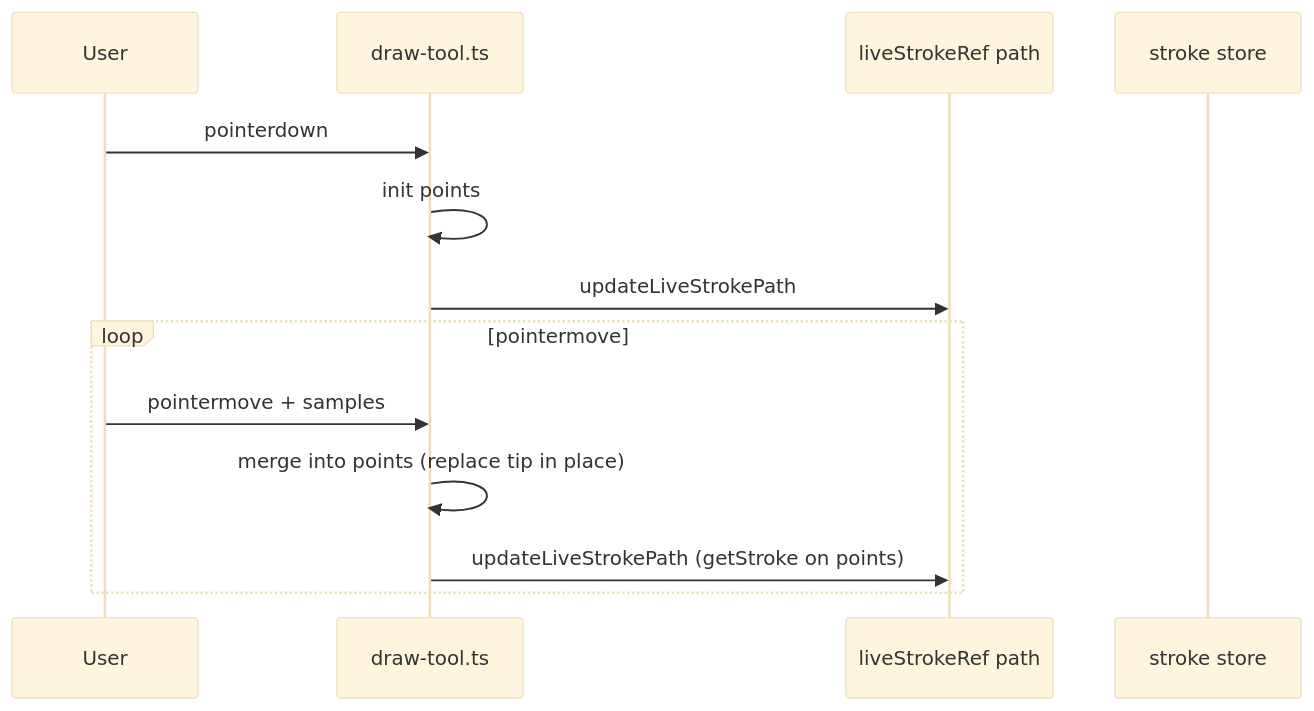
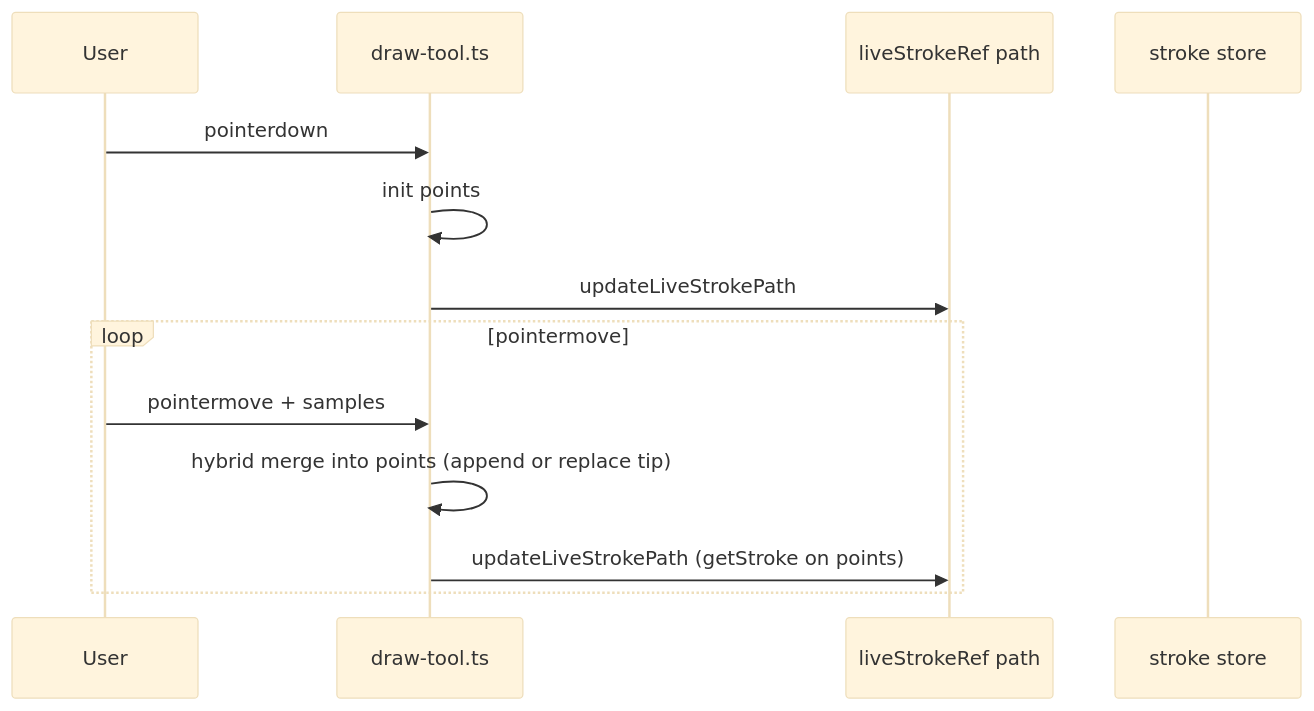
The second of 4 diagrams in docs/ink-canvas-live-drawing.md (daledesilva/obsidian_ink), drawn with Mermaid (base theme) before and after one commit. The commit also changed other lines of this file and 4 other files, not shown here.

````diff
--- a/docs/ink-canvas-live-drawing.md
+++ b/docs/ink-canvas-live-drawing.md
@@ -42,17 +42,17 @@
 ```mermaid
 sequenceDiagram
   participant User
   participant DrawTool as draw-tool.ts
   participant LivePath as liveStrokeRef path
   participant Store as stroke store
 
   User->>DrawTool: pointerdown
   DrawTool->>DrawTool: init points
   DrawTool->>LivePath: updateLiveStrokePath
 
   loop pointermove
     User->>DrawTool: pointermove + samples
-    DrawTool->>DrawTool: merge into points (replace tip in place)
+    DrawTool->>DrawTool: hybrid merge into points (append or replace tip)
     DrawTool->>LivePath: updateLiveStrokePath (getStroke on points)
   end
 ```
````
